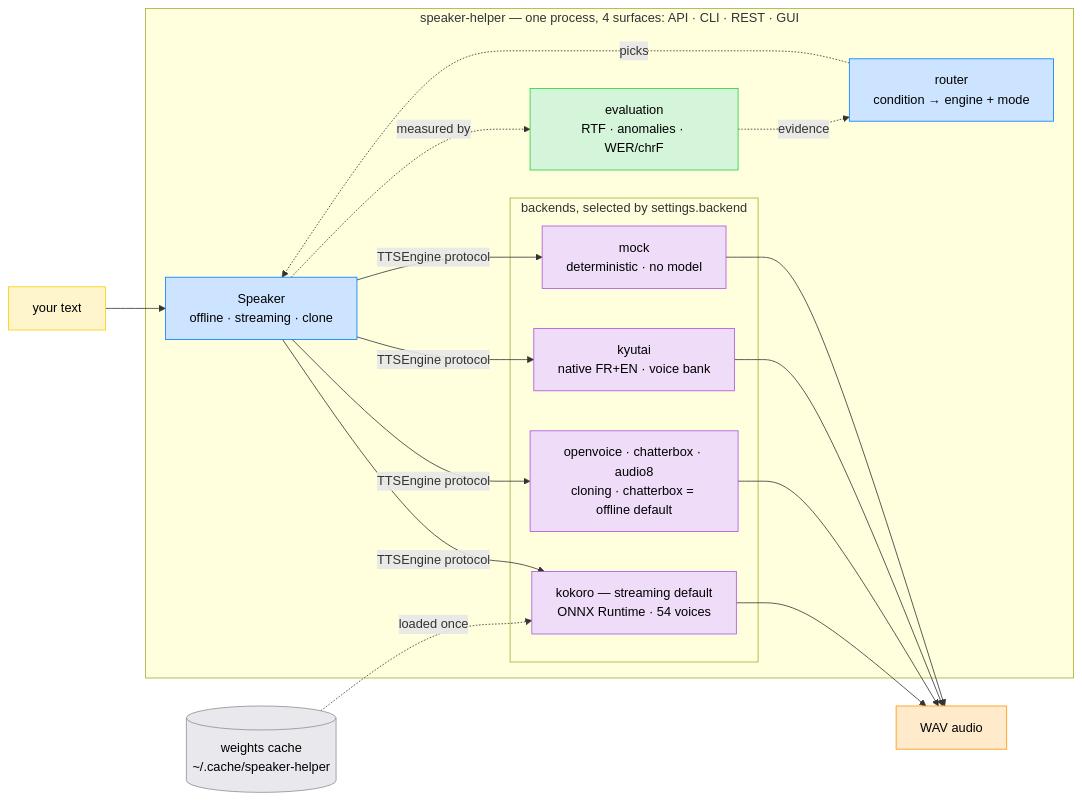
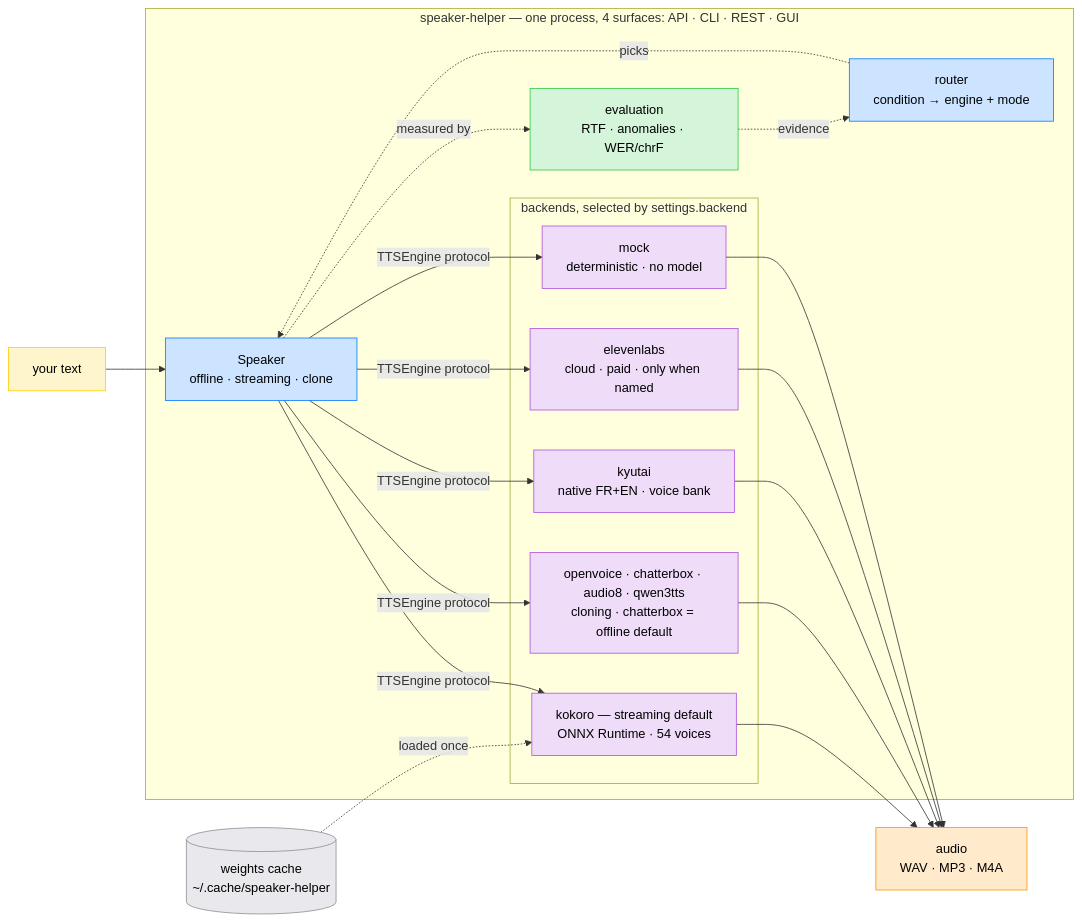
Before and after one commit to warith-harchaoui/speaker-helper: the diagram in README.md, drawn with Mermaid. The commit also changed other lines of this file and 9 other files, not shown here.

````diff
--- a/README.md
+++ b/README.md
@@ -95,38 +95,41 @@
 ```mermaid
 flowchart LR
     text["your text"]:::input
     subgraph SH["speaker-helper — one process, 4 surfaces: API · CLI · REST · GUI"]
         speaker["Speaker<br/>offline · streaming · clone"]:::core
         router["router<br/>condition → engine + mode"]:::core
         eval["evaluation<br/>RTF · anomalies · WER/chrF"]:::eval
         subgraph BE["backends, selected by settings.backend"]
             kokoro["kokoro — streaming default<br/>ONNX Runtime · 54 voices"]:::engine
-            clone["openvoice · chatterbox · audio8<br/>cloning · chatterbox = offline default"]:::engine
+            clone["openvoice · chatterbox · audio8 · qwen3tts<br/>cloning · chatterbox = offline default"]:::engine
             kyutai["kyutai<br/>native FR+EN · voice bank"]:::engine
+            cloud["elevenlabs<br/>cloud · paid · only when named"]:::engine
             mock["mock<br/>deterministic · no model"]:::engine
         end
     end
     weights[("weights cache<br/>~/.cache/speaker-helper")]:::store
-    audio["WAV audio"]:::output
+    audio["audio<br/>WAV · MP3 · M4A"]:::output
 
     text --> speaker
     router -.->|picks| speaker
     speaker -- "TTSEngine protocol" --> kokoro
     speaker -- "TTSEngine protocol" --> clone
     speaker -- "TTSEngine protocol" --> kyutai
+    speaker -- "TTSEngine protocol" --> cloud
     speaker -- "TTSEngine protocol" --> mock
     weights -.->|loaded once| kokoro
     kokoro --> audio
     clone --> audio
     kyutai --> audio
+    cloud --> audio
     mock --> audio
     speaker -.->|measured by| eval
     eval -.->|evidence| router
 
     classDef input fill:#FFF5CC,stroke:#FFCC00,color:#000000
     classDef core fill:#CCE4FF,stroke:#007AFF,color:#000000
     classDef eval fill:#D4F5D9,stroke:#28CD41,color:#000000
     classDef engine fill:#EFDCF8,stroke:#AF52DE,color:#000000
     classDef store fill:#E8E8ED,stroke:#8E8E93,color:#000000
     classDef output fill:#FFEACC,stroke:#FF9500,color:#000000
 ```
````
